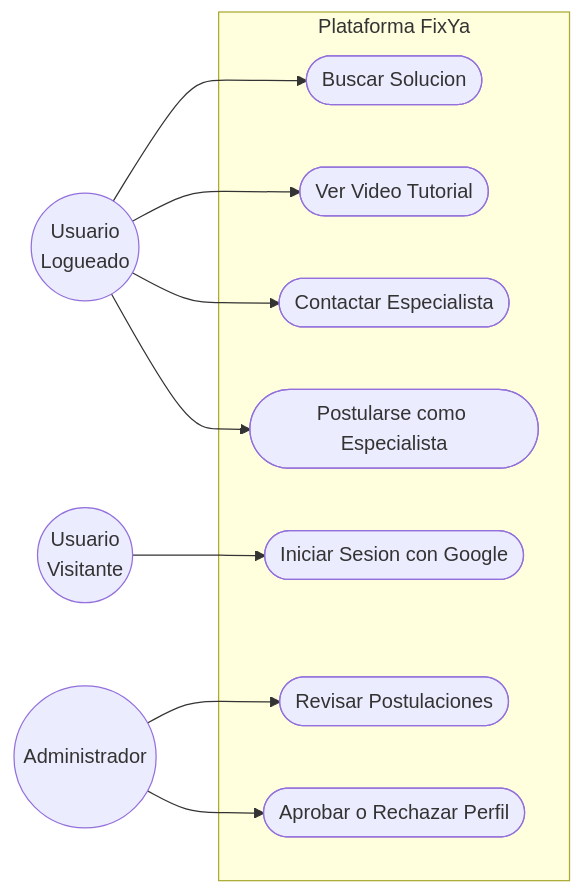
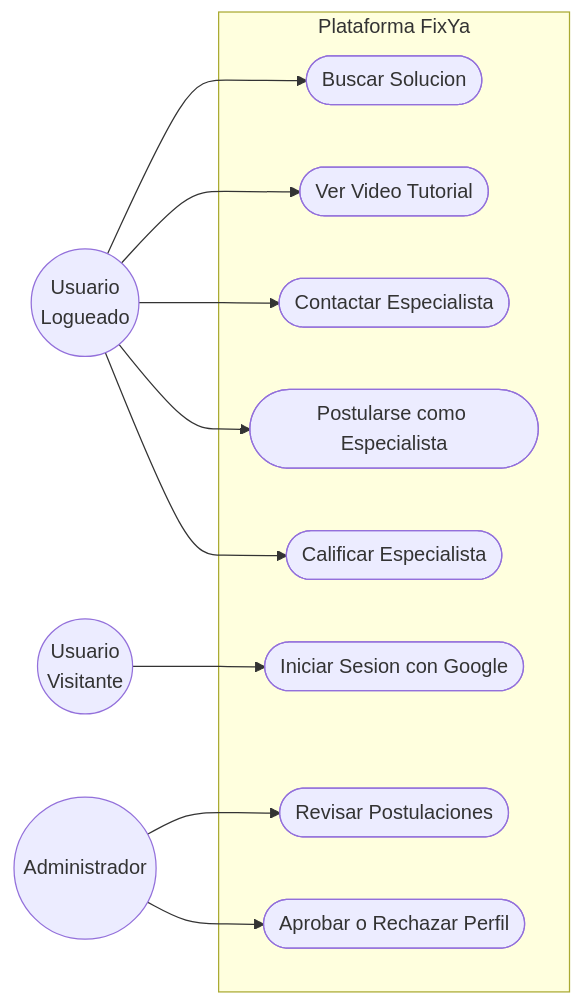
One commit to Lucenear/Tecnicatura_Programacion_UTN changed the second of 3 diagrams in 4to_Semestre/Trabajo_Final/docs/Arquitectura.md. Above: the diagram before and after it, drawn with Mermaid. The commit also changed other lines of this file and 18 other files, not shown here.

````diff
--- a/4to_Semestre/Trabajo_Final/docs/Arquitectura.md
+++ b/4to_Semestre/Trabajo_Final/docs/Arquitectura.md
@@ -45,29 +45,31 @@
 ```mermaid
 flowchart LR
     %% Actores
     Visitante((Usuario\nVisitante))
     User((Usuario\nLogueado))
     Admin((Administrador))
 
     %% Casos de Uso (Modulo)
     subgraph Plataforma [Plataforma FixYa]
         UC1([Buscar Solucion])
         UC2([Ver Video Tutorial])
         UC3([Contactar Especialista])
         UC4([Iniciar Sesion con Google])
         UC5([Postularse como Especialista])
         UC6([Revisar Postulaciones])
         UC7([Aprobar o Rechazar Perfil])
+        UC8([Calificar Especialista])
     end
 
     %% Relaciones
     Visitante --> UC4
 
     User --> UC1
     User --> UC2
     User --> UC3
     User --> UC5
+    User --> UC8
 
     Admin --> UC6
     Admin --> UC7
 ```
````
